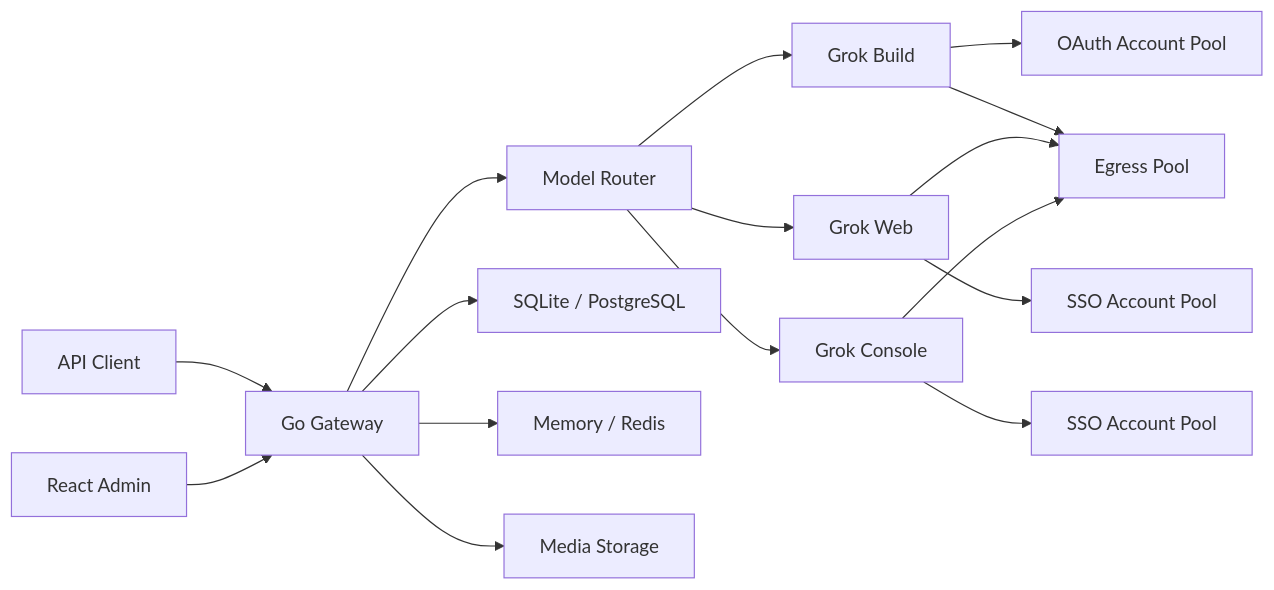
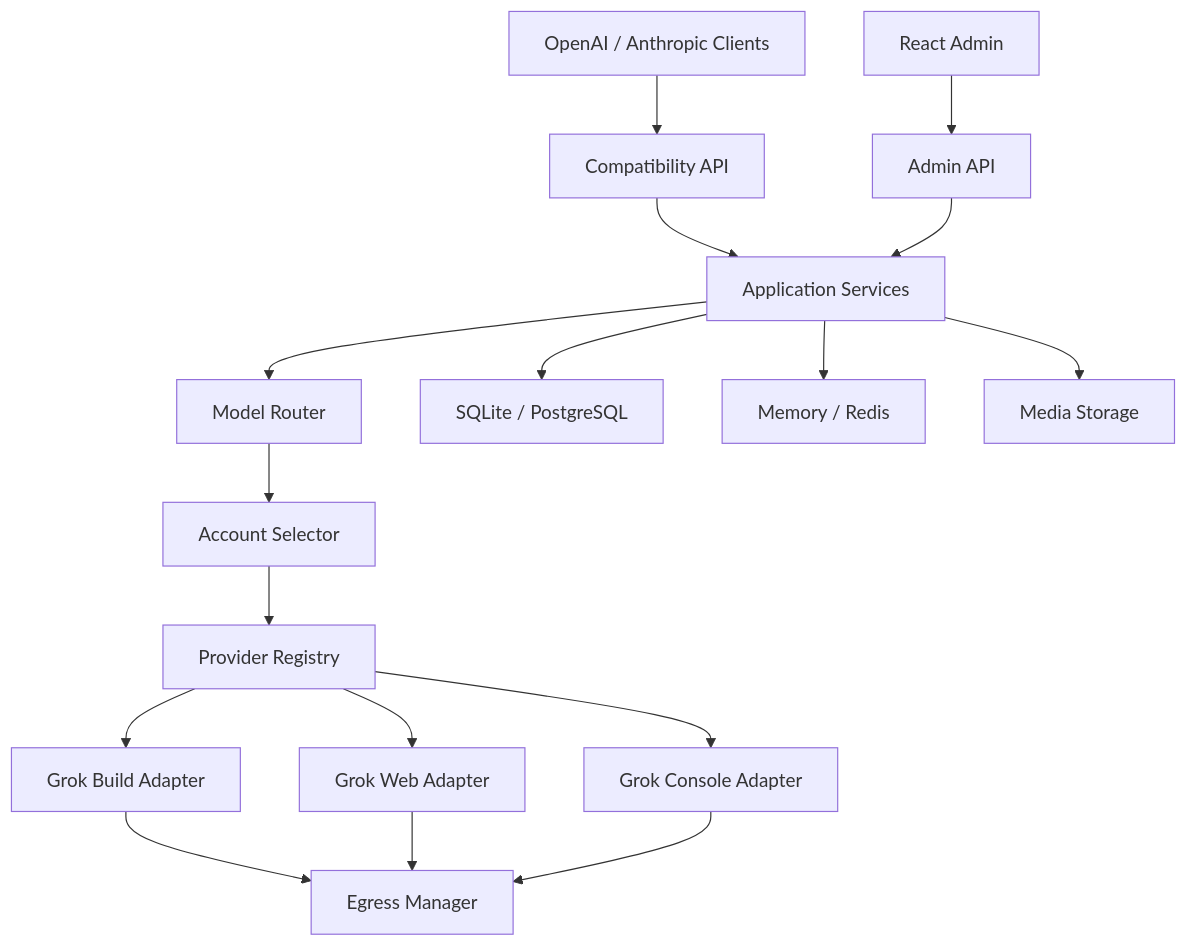
One commit to chenyme/grok2api changed the diagram in README.md. Above: the diagram before and after it, drawn with Mermaid. The commit also changed other lines of this file and 16 other files, not shown here.

Commit message:
feat: update web account settings to include terms versioning and enhance acceptance tracking

````diff
--- a/README.md
+++ b/README.md
@@ -39,21 +58,23 @@
 ```mermaid
-flowchart LR
-    Client["API Client"] --> Gateway["Go Gateway"]
-    Admin["React Admin"] --> Gateway
+flowchart TB
+    Client["OpenAI / Anthropic Clients"] --> Compat["Compatibility API"]
+    Admin["React Admin"] --> AdminAPI["Admin API"]
 
-    Gateway --> Router["Model Router"]
-    Router --> Build["Grok Build"]
-    Router --> Web["Grok Web"]
-    Router --> Console["Grok Console"]
+    Compat --> App["Application Services"]
+    AdminAPI --> App
 
-    Build --> BuildPool["OAuth Account Pool"]
-    Web --> WebPool["SSO Account Pool"]
-    Console --> ConsolePool["SSO Account Pool"]
-    Build --> Egress["Egress Pool"]
+    App --> Router["Model Router"]
+    Router --> Selector["Account Selector"]
+    Selector --> Registry["Provider Registry"]
+
+    Registry --> Build["Grok Build Adapter"]
+    Registry --> Web["Grok Web Adapter"]
+    Registry --> Console["Grok Console Adapter"]
+
+    App --> DB["SQLite / PostgreSQL"]
+    App --> Runtime["Memory / Redis"]
+    Build --> Egress["Egress Manager"]
     Web --> Egress
     Console --> Egress
-
-    Gateway --> Database["SQLite / PostgreSQL"]
-    Gateway --> Runtime["Memory / Redis"]
-    Gateway --> Media["Media Storage"]
+    App --> Media["Media Storage"]
 ```
````
